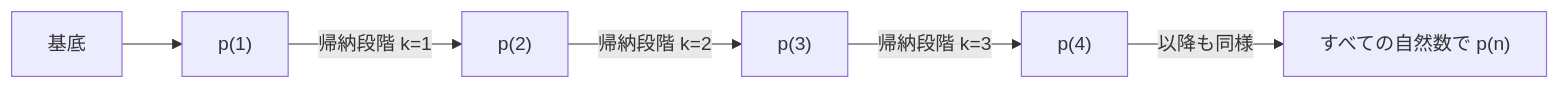
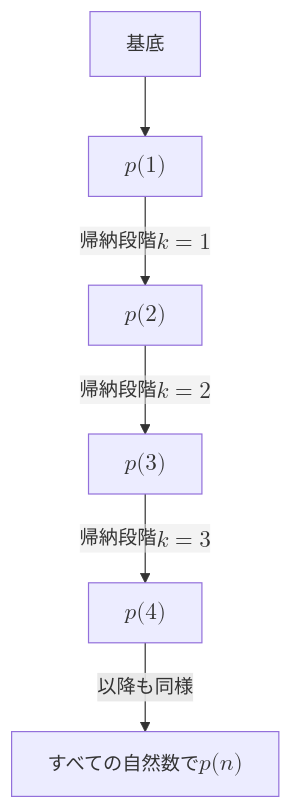
The diagram in src/content/docs/math/set/mathematical-induction.mdx (seijikohara/physics-roadmap), drawn with Mermaid before and after one commit. The commit also changed other lines of this file and 19 other files, not shown here.

````diff
--- a/src/content/docs/math/set/mathematical-induction.mdx
+++ b/src/content/docs/math/set/mathematical-induction.mdx
@@ -101,8 +101,8 @@
 ```mermaid
-flowchart LR
-  base["基底"] --> P1["p(1)"]
-  P1 -- "帰納段階 k=1" --> P2["p(2)"]
-  P2 -- "帰納段階 k=2" --> P3["p(3)"]
-  P3 -- "帰納段階 k=3" --> P4["p(4)"]
-  P4 -- "以降も同様" --> Pdots["すべての自然数で p(n)"]
+flowchart TB
+  base["基底"] --> P1["$$p(1)$$"]
+  P1 -- "帰納段階 $$k=1$$" --> P2["$$p(2)$$"]
+  P2 -- "帰納段階 $$k=2$$" --> P3["$$p(3)$$"]
+  P3 -- "帰納段階 $$k=3$$" --> P4["$$p(4)$$"]
+  P4 -- "以降も同様" --> Pdots["すべての自然数で $$p(n)$$"]
 ```
````
